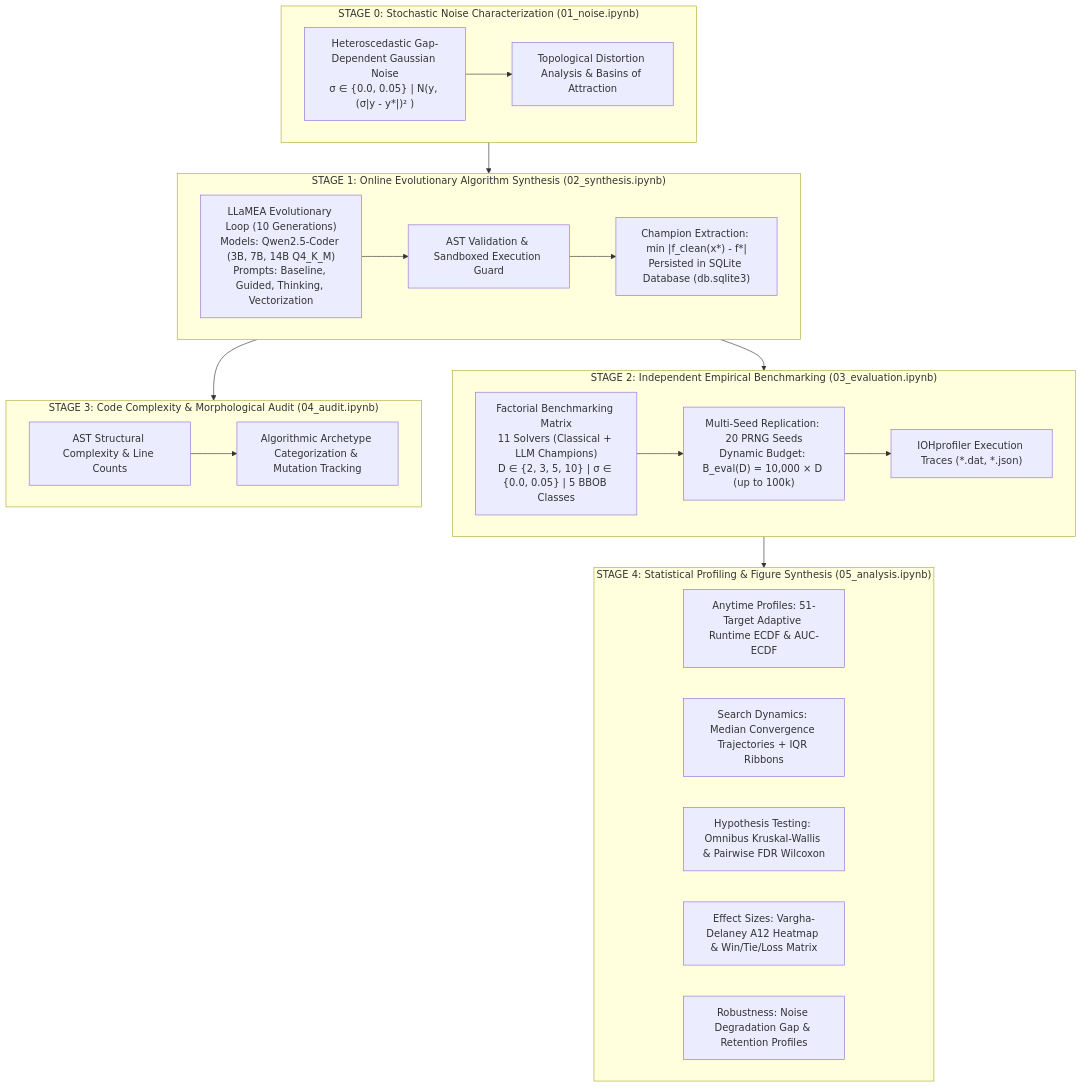
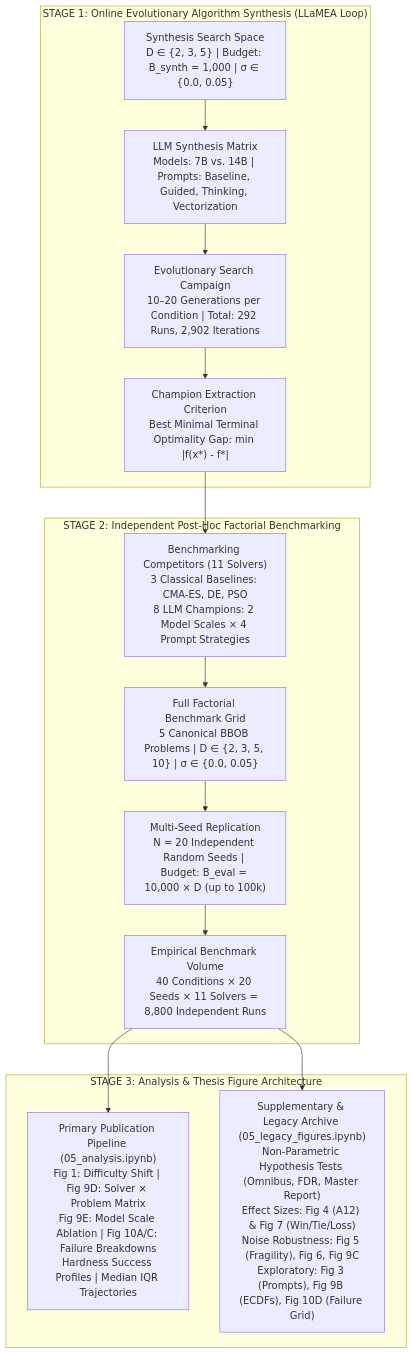
One commit to Nicola-Ibrahim/AAD_LLM changed the diagram in docs/thesis_experiments_chapter_blueprint.md. Above: the diagram before and after it, drawn with Mermaid. The commit also changed other lines of this file, not shown here.

Commit message:
docs: update thesis experiments chapter blueprint with revised structure and content

````diff
--- a/docs/thesis_experiments_chapter_blueprint.md
+++ b/docs/thesis_experiments_chapter_blueprint.md
@@ -28,39 +23,20 @@
 ```mermaid
 flowchart TD
-    subgraph S0 ["STAGE 0: Stochastic Noise Characterization (01_noise.ipynb)"]
-        S0_A["Heteroscedastic Gap-Dependent Gaussian Noise<br/>σ ∈ {0.0, 0.05} | N(y, (σ|y - y*|)² )"]
-        S0_B["Topological Distortion Analysis & Basins of Attraction"]
-        S0_A --> S0_B
+    subgraph Stage1 ["STAGE 1: Online Evolutionary Algorithm Synthesis (LLaMEA Loop)"]
+        A["Synthesis Search Space<br/>D ∈ {2, 3, 5} | Budget: B_synth = 1,000 | σ ∈ {0.0, 0.05}"] --> B["LLM Synthesis Matrix<br/>Models: 7B vs. 14B | Prompts: Baseline, Guided, Thinking, Vectorization"]
+        B --> C["Evolutionary Search Campaign<br/>10–20 Generations per Condition | Total: 292 Runs, 2,902 Iterations"]
+        C --> D["Champion Extraction Criterion<br/>Best Minimal Terminal Optimality Gap: min |f(x*) - f*|"]
     end
 
-    subgraph S1 ["STAGE 1: Online Evolutionary Algorithm Synthesis (02_synthesis.ipynb)"]
-        S1_A["LLaMEA Evolutionary Loop (10 Generations)<br/>Models: Qwen2.5-Coder (3B, 7B, 14B Q4_K_M)<br/>Prompts: Baseline, Guided, Thinking, Vectorization"]
-        S1_B["AST Validation & Sandboxed Execution Guard"]
-        S1_C["Champion Extraction: min |f_clean(x*) - f*|<br/>Persisted in SQLite Database (db.sqlite3)"]
-        S1_A --> S1_B --> S1_C
+    subgraph Stage2 ["STAGE 2: Independent Post-Hoc Factorial Benchmarking"]
+        D --> E["Benchmarking Competitors (11 Solvers)<br/>3 Classical Baselines: CMA-ES, DE, PSO<br/>8 LLM Champions: 2 Model Scales × 4 Prompt Strategies"]
+        E --> F["Full Factorial Benchmark Grid<br/>5 Canonical BBOB Problems | D ∈ {2, 3, 5, 10} | σ ∈ {0.0, 0.05}"]
+        F --> G["Multi-Seed Replication<br/>N = 20 Independent Random Seeds | Budget: B_eval = 10,000 × D (up to 100k)"]
+        G --> H["Empirical Benchmark Volume<br/>40 Conditions × 20 Seeds × 11 Solvers = 8,800 Independent Runs"]
     end
 
-    subgraph S2 ["STAGE 2: Independent Empirical Benchmarking (03_evaluation.ipynb)"]
-        S2_A["Factorial Benchmarking Matrix<br/>11 Solvers (Classical + LLM Champions)<br/>D ∈ {2, 3, 5, 10} | σ ∈ {0.0, 0.05} | 5 BBOB Classes"]
-        S2_B["Multi-Seed Replication: 20 PRNG Seeds<br/>Dynamic Budget: B_eval(D) = 10,000 × D (up to 100k)"]
-        S2_C["IOHprofiler Execution Traces (*.dat, *.json)"]
-        S2_A --> S2_B --> S2_C
+    subgraph Stage3 ["STAGE 3: Analysis & Thesis Figure Architecture"]
+        H --> I["Primary Publication Pipeline (05_analysis.ipynb)<br/>Fig 1: Difficulty Shift | Fig 9D: Solver × Problem Matrix<br/>Fig 9E: Model Scale Ablation | Fig 10A/C: Failure Breakdowns<br/>Hardness Success Profiles | Median IQR Trajectories"]
+        H --> J["Supplementary & Legacy Archive (05_legacy_figures.ipynb)<br/>Non-Parametric Hypothesis Tests (Omnibus, FDR, Master Report)<br/>Effect Sizes: Fig 4 (A12) & Fig 7 (Win/Tie/Loss)<br/>Noise Robustness: Fig 5 (Fragility), Fig 6, Fig 9C<br/>Exploratory: Fig 3 (Prompts), Fig 9B (ECDFs), Fig 10D (Failure Grid)"]
     end
-
-    subgraph S3 ["STAGE 3: Code Complexity & Morphological Audit (04_audit.ipynb)"]
-        S3_A["AST Structural Complexity & Line Counts"]
-        S3_B["Algorithmic Archetype Categorization & Mutation Tracking"]
-        S3_A --> S3_B
-    end
-
-    subgraph S4 ["STAGE 4: Statistical Profiling & Figure Synthesis (05_analysis.ipynb)"]
-        S4_A["Anytime Profiles: 51-Target Adaptive Runtime ECDF & AUC-ECDF"]
-        S4_B["Search Dynamics: Median Convergence Trajectories + IQR Ribbons"]
-        S4_C["Hypothesis Testing: Omnibus Kruskal-Wallis & Pairwise FDR Wilcoxon"]
-        S4_D["Effect Sizes: Vargha-Delaney A12 Heatmap & Win/Tie/Loss Matrix"]
-        S4_E["Robustness: Noise Degradation Gap & Retention Profiles"]
-    end
-
-    S0 --> S1 --> S2 --> S4
-    S1 --> S3
 ```
````
